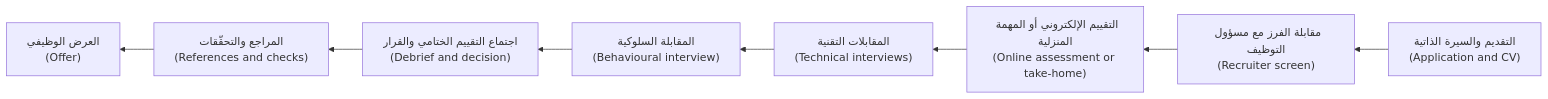
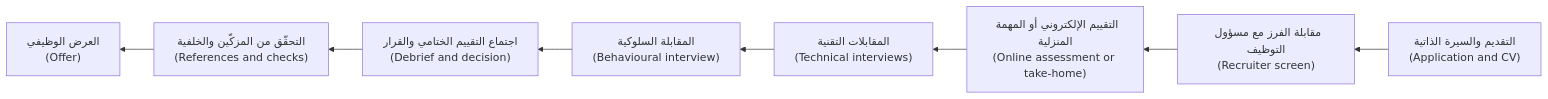
The first of 3 diagrams in career/modules/05-interviews.ar.md (Tamoura/system-design-for-vibe-coders), drawn with Mermaid before and after one commit. The commit also changed other lines of this file and 551 other files, not shown here.

````diff
--- a/career/modules/05-interviews.ar.md
+++ b/career/modules/05-interviews.ar.md
@@ -33,10 +33,10 @@
 ```mermaid
 flowchart RL
     A["التقديم والسيرة الذاتية<br/>(Application and CV)"] --> B["مقابلة الفرز مع مسؤول التوظيف<br/>(Recruiter screen)"]
     B --> C["التقييم الإلكتروني أو المهمة المنزلية<br/>(Online assessment or take-home)"]
     C --> D["المقابلات التقنية<br/>(Technical interviews)"]
     D --> E["المقابلة السلوكية<br/>(Behavioural interview)"]
     E --> F["اجتماع التقييم الختامي والقرار<br/>(Debrief and decision)"]
-    F --> G["المراجع والتحقّقات<br/>(References and checks)"]
+    F --> G["التحقّق من المزكّين والخلفية<br/>(References and checks)"]
     G --> H["العرض الوظيفي<br/>(Offer)"]
 ```
````
